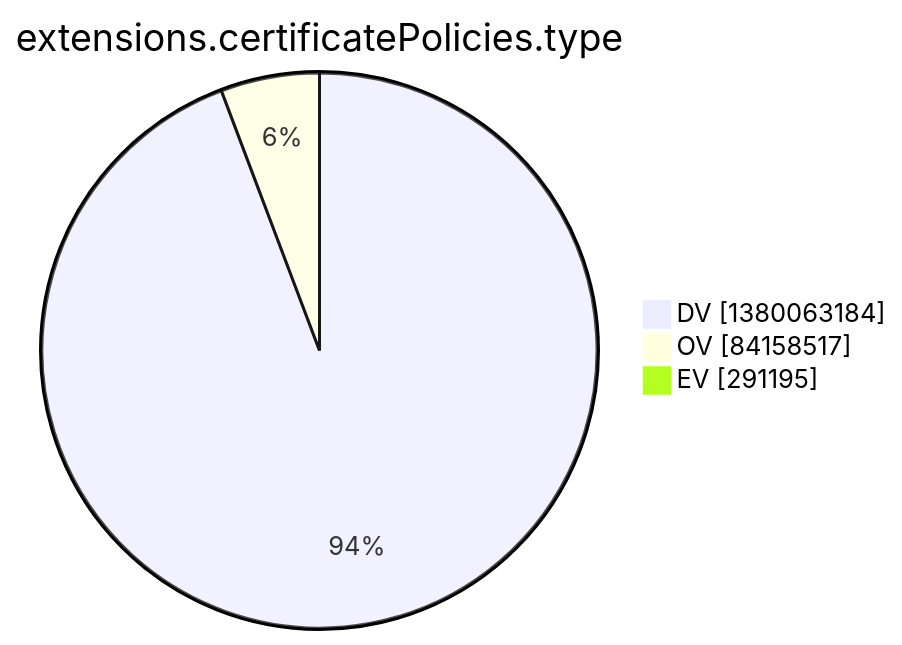
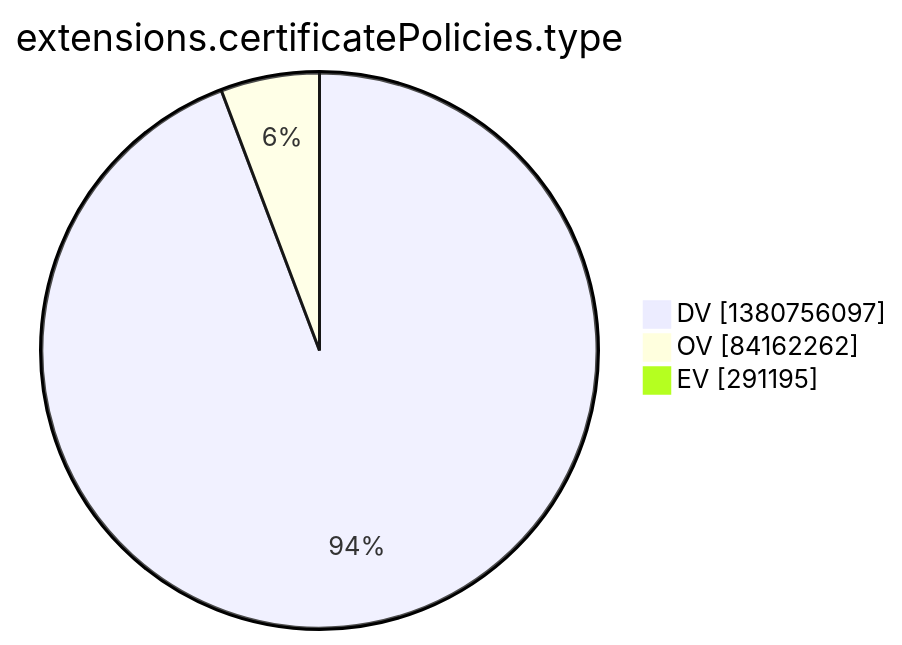
One commit to christiankrug/ctmonitor_visualization changed the tenth of 15 diagrams in argon2022/README.md. Above: the diagram before and after it, drawn with Mermaid. The commit also changed other lines of this file, not shown here.

````diff
--- a/argon2022/README.md
+++ b/argon2022/README.md
@@ -2773,7 +2773,7 @@
 ```mermaid
 pie showData
 title extensions.certificatePolicies.type
-"DV" :1380063184
-"OV" :84158517
+"DV" :1380756097
+"OV" :84162262
 "EV" :291195
 ```
````
